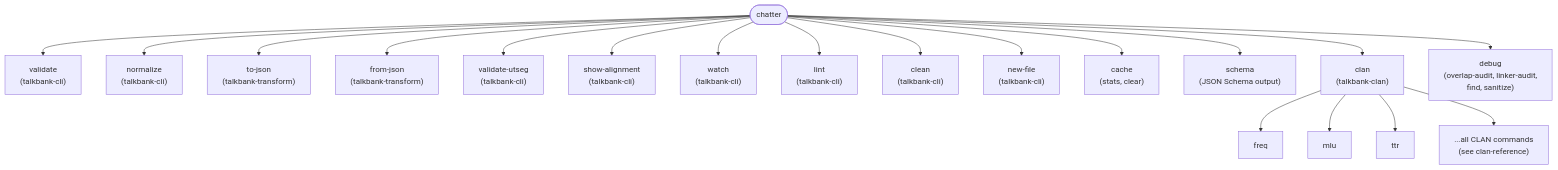
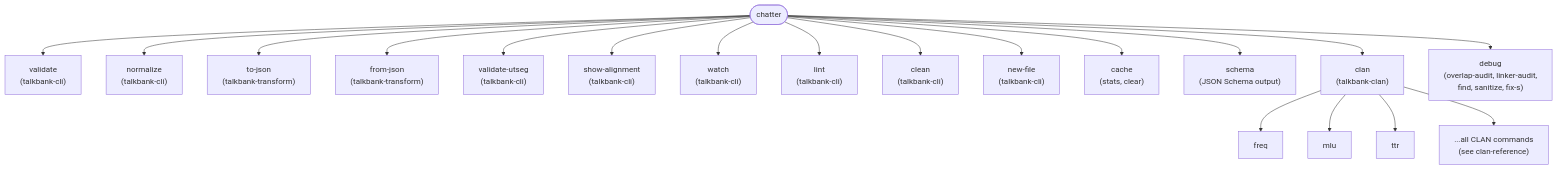
The diagram in book/src/chatter/user-guide/cli-reference.md (FranklinChen/talkbank-tools), drawn with Mermaid before and after one commit. The commit also changed other lines of this file and 35 other files, not shown here.

````diff
--- a/book/src/chatter/user-guide/cli-reference.md
+++ b/book/src/chatter/user-guide/cli-reference.md
@@ -11,24 +11,24 @@
 ```mermaid
 flowchart TD
     chatter(["chatter"])
 
     chatter --> validate["validate\n(talkbank-cli)"]
     chatter --> normalize["normalize\n(talkbank-cli)"]
     chatter --> tojson["to-json\n(talkbank-transform)"]
     chatter --> fromjson["from-json\n(talkbank-transform)"]
     chatter --> validateutseg["validate-utseg\n(talkbank-cli)"]
     chatter --> showalign["show-alignment\n(talkbank-cli)"]
     chatter --> watch["watch\n(talkbank-cli)"]
     chatter --> lint["lint\n(talkbank-cli)"]
     chatter --> clean["clean\n(talkbank-cli)"]
     chatter --> newfile["new-file\n(talkbank-cli)"]
     chatter --> cache["cache\n(stats, clear)"]
     chatter --> schema["schema\n(JSON Schema output)"]
     chatter --> clan["clan\n(talkbank-clan)"]
-    chatter --> debug["debug\n(overlap-audit, linker-audit,\nfind, sanitize)"]
+    chatter --> debug["debug\n(overlap-audit, linker-audit,\nfind, sanitize, fix-s)"]
 
     clan --> freq["freq"]
     clan --> mlu["mlu"]
     clan --> ttr["ttr"]
     clan --> more["...all CLAN commands\n(see clan-reference)"]
 ```
````
